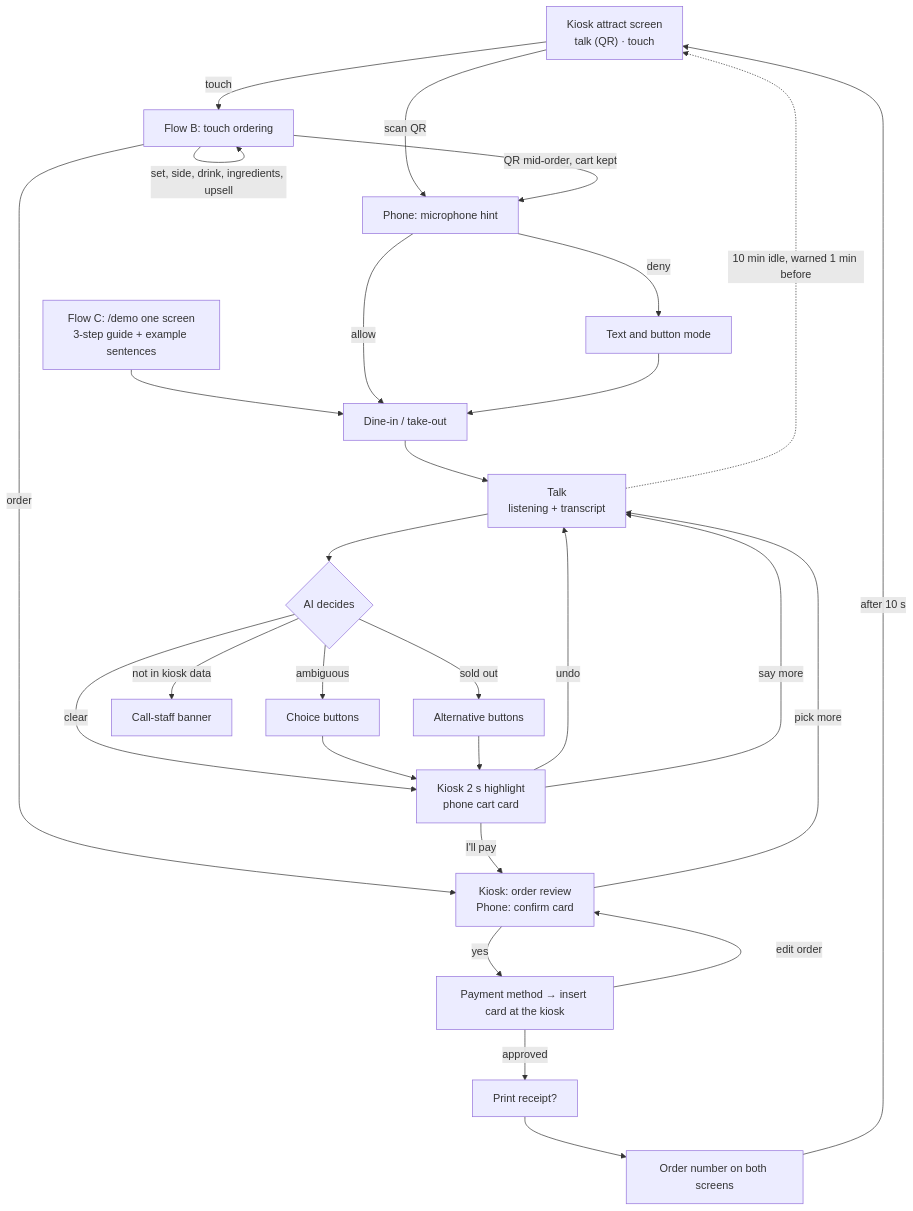
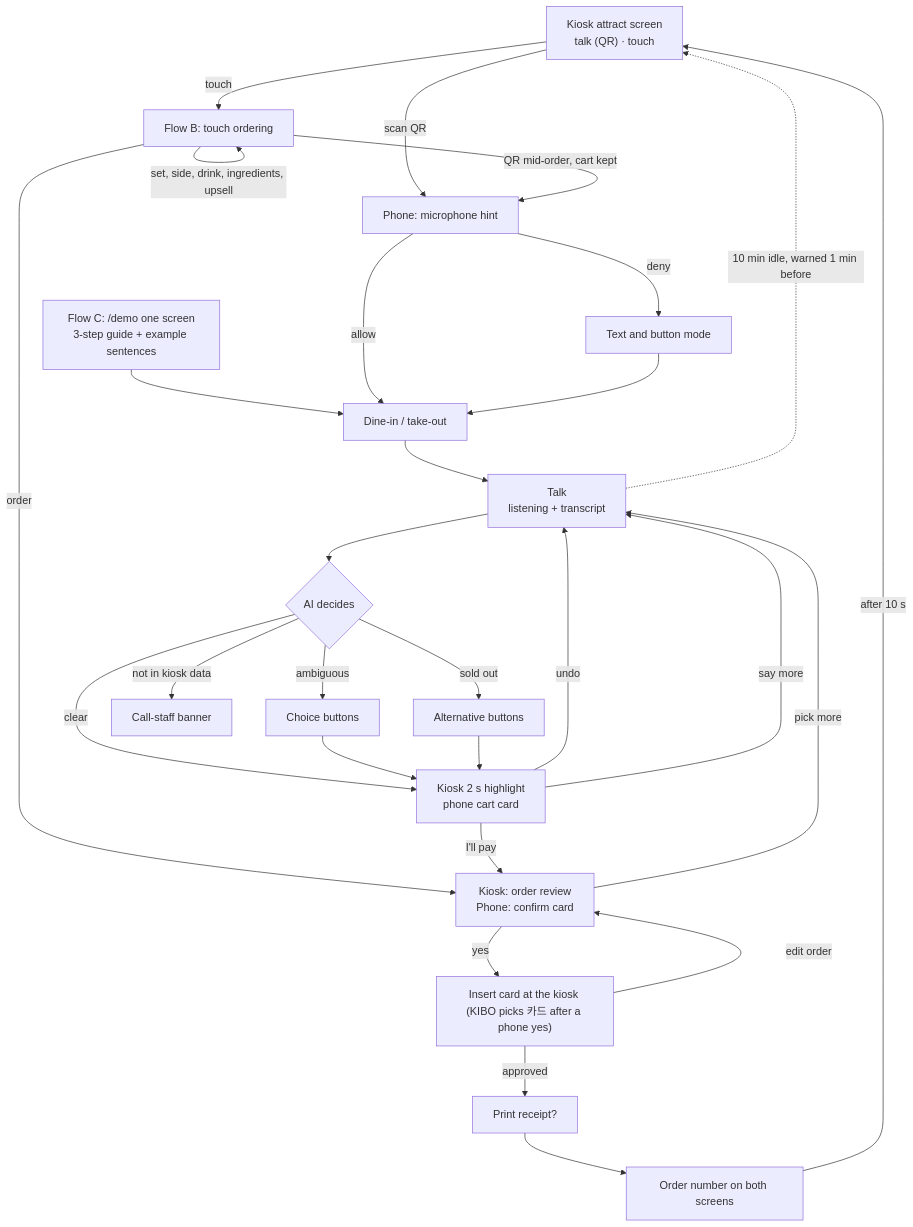
One commit to csm-kr/kibo changed the first of 2 diagrams in docs/UX.md. Above: the diagram before and after it, drawn with Mermaid. The commit also changed other lines of this file and 24 other files, not shown here.

First line of the commit message:
feat: a spoken yes ends at the card: KIBO picks 카드 on a card-only kiosk, and the AI says to insert it (I-427)

````diff
--- a/docs/UX.md
+++ b/docs/UX.md
@@ -14,28 +14,28 @@
 ```mermaid
 flowchart TD
   S["Kiosk attract screen<br/>talk (QR) · touch"]
   S -->|scan QR| M["Phone: microphone hint"]
   S -->|touch| T["Flow B: touch ordering"]
   T -->|"QR mid-order, cart kept"| M
   T -->|"set, side, drink, ingredients, upsell"| T
   T -->|order| CONF
   C0["Flow C: /demo one screen<br/>3-step guide + example sentences"] --> D
   M -->|allow| D["Dine-in / take-out"]
   M -->|deny| X["Text and button mode"] --> D
   D --> TALK["Talk<br/>listening + transcript"]
   TALK --> AG{"AI decides"}
   AG -->|clear| CART["Kiosk 2 s highlight<br/>phone cart card"]
   AG -->|ambiguous| CH["Choice buttons"] --> CART
   AG -->|sold out| ALT["Alternative buttons"] --> CART
   AG -->|not in kiosk data| STAFF["Call-staff banner"]
   CART -->|undo| TALK
   CART -->|say more| TALK
   CART -->|"I'll pay"| CONF["Kiosk: order review<br/>Phone: confirm card"]
   CONF -->|"pick more"| TALK
-  CONF -->|yes| PAY["Payment method → insert card at the kiosk"]
+  CONF -->|yes| PAY["Insert card at the kiosk (KIBO picks 카드 after a phone yes)"]
   PAY -->|edit order| CONF
   PAY -->|approved| RC["Print receipt?"]
   RC --> DONE["Order number on both screens"]
   DONE -->|after 10 s| S
   TALK -.->|"10 min idle, warned 1 min before"| S
 ```
````
